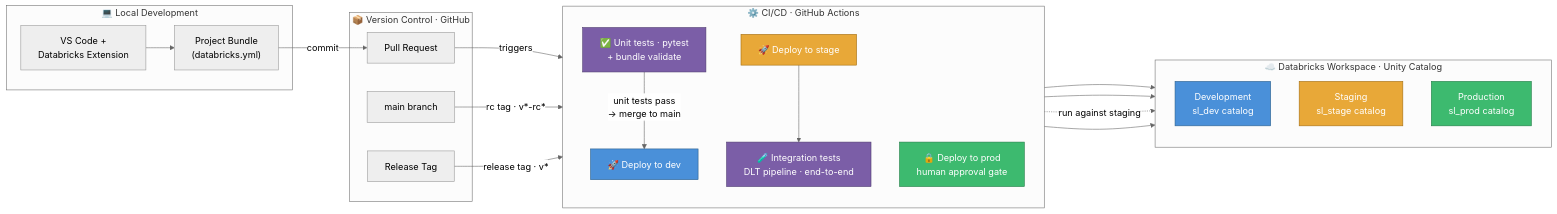
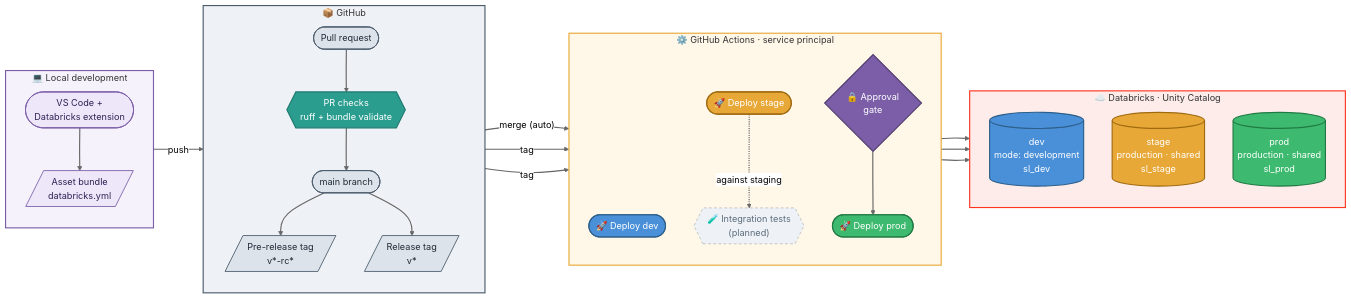
The first of 5 diagrams in README.md (schmucas/databricks_de_professional_practice), drawn with Mermaid (neutral theme) before and after one commit. The commit also changed other lines of this file and 2 other files, not shown here.

````diff
--- a/README.md
+++ b/README.md
@@ -59,52 +60,68 @@
 ```mermaid
 flowchart LR
-    subgraph dev_env["💻 Local Development"]
-        IDE["VS Code +<br/>Databricks Extension"]
-        BUNDLE["Project Bundle<br/>(databricks.yml)"]
+    subgraph local["💻 Local development"]
+        direction TB
+        IDE(["VS Code +<br/>Databricks extension"])
+        BUNDLE[/"Asset bundle<br/>databricks.yml"/]
+        IDE ==> BUNDLE
     end
 
-    subgraph vcs["📦 Version Control · GitHub"]
-        PR["Pull Request"]
-        MAIN["main branch"]
-        TAG["Release Tag"]
+    subgraph gh["📦 GitHub"]
+        direction TB
+        PR(["Pull request"])
+        CHECK{{"PR checks<br/>ruff + bundle validate"}}
+        MAIN(["main branch"])
+        RC[/"Pre-release tag<br/>v*-rc*"/]
+        REL[/"Release tag<br/>v*"/]
+        PR ==> CHECK ==> MAIN
+        MAIN --> RC
+        MAIN --> REL
     end
 
-    subgraph cicd["⚙️ CI/CD · GitHub Actions"]
+    subgraph act["⚙️ GitHub Actions · service principal"]
         direction TB
-        CHECK["✅ Unit tests · pytest<br/>+ bundle validate"]
-        DEPLOY_DEV["🚀 Deploy to dev"]
-        DEPLOY_STG["🚀 Deploy to stage"]
-        ITEST["🧪 Integration tests<br/>DLT pipeline · end-to-end"]
-        DEPLOY_PRD["🔒 Deploy to prod<br/>human approval gate"]
+        DDEV(["🚀 Deploy dev"])
+        DSTG(["🚀 Deploy stage"])
+        ITEST{{"🧪 Integration tests<br/>(planned)"}}
+        GATE{"🔒 Approval<br/>gate"}
+        DPRD(["🚀 Deploy prod"])
     end
 
-    subgraph dbx["☁️ Databricks Workspace · Unity Catalog"]
+    subgraph dbx["☁️ Databricks · Unity Catalog"]
         direction TB
-        DEV["Development<br/>sl_dev catalog"]
-        STG["Staging<br/>sl_stage catalog"]
-        PRD["Production<br/>sl_prod catalog"]
+        DEV[("dev<br/>mode: development<br/>sl_dev")]
+        STG[("stage<br/>production · shared<br/>sl_stage")]
+        PRD[("prod<br/>production · shared<br/>sl_prod")]
     end
 
-    IDE --> BUNDLE
-    BUNDLE -->|"commit"| PR
-    PR -->|"triggers"| CHECK
-    CHECK -->|"unit tests pass<br/>→ merge to main"| DEPLOY_DEV
-    MAIN -->|"rc tag · v*-rc*"| DEPLOY_STG
-    DEPLOY_STG --> ITEST
-    TAG -->|"release tag · v*"| DEPLOY_PRD
+    BUNDLE ==>|"push"| PR
+    MAIN ==>|"merge (auto)"| DDEV ==> DEV
+    RC ==>|"tag"| DSTG ==> STG
+    DSTG -.->|"against staging"| ITEST
+    REL ==>|"tag"| GATE ==> DPRD ==> PRD
 
-    DEPLOY_DEV --> DEV
-    DEPLOY_STG --> STG
-    ITEST -.->|"run against staging"| STG
-    DEPLOY_PRD --> PRD
+    classDef loc fill:#ede7f9,stroke:#7b5ea7,color:#2e2153,stroke-width:1.5px
+    classDef vcs   fill:#dde3ea,stroke:#4b5b6b,color:#1f2a36,stroke-width:1.5px
+    classDef check fill:#2a9d8f,stroke:#1f7a6f,color:#fff,stroke-width:2px
+    classDef gate  fill:#7b5ea7,stroke:#4e3a6e,color:#fff,stroke-width:2px
+    classDef dev   fill:#4a90d9,stroke:#2c5f8a,color:#fff,stroke-width:2px
+    classDef stage fill:#e8a838,stroke:#a06b10,color:#fff,stroke-width:2px
+    classDef prod  fill:#3dba6f,stroke:#217a44,color:#fff,stroke-width:2px
+    classDef plan  fill:#eef2f6,stroke:#9aa3ad,color:#5b6b7b,stroke-dasharray:5 4
 
-    classDef dev   fill:#4a90d9,stroke:#2c5f8a,color:#fff
-    classDef stage fill:#e8a838,stroke:#a06b10,color:#fff
-    classDef prod  fill:#3dba6f,stroke:#217a44,color:#fff
-    classDef test  fill:#7b5ea7,stroke:#4e3a6e,color:#fff
+    class IDE,BUNDLE loc
+    class PR,MAIN,RC,REL vcs
+    class CHECK check
+    class GATE gate
+    class DDEV,DEV dev
+    class DSTG,STG stage
+    class DPRD,PRD prod
+    class ITEST plan
 
-    class DEPLOY_DEV,DEV dev
-    class DEPLOY_STG,STG stage
-    class DEPLOY_PRD,PRD prod
-    class CHECK,ITEST test
+    style local fill:#f6f2fc,stroke:#7b5ea7,stroke-width:2px
+    style gh    fill:#eef1f5,stroke:#4b5b6b,stroke-width:2px
+    style act   fill:#fff7e8,stroke:#e8a838,stroke-width:2px
+    style dbx   fill:#fdecea,stroke:#FF3621,stroke-width:2px
+
+    linkStyle default stroke-width:2px
 ```
````
